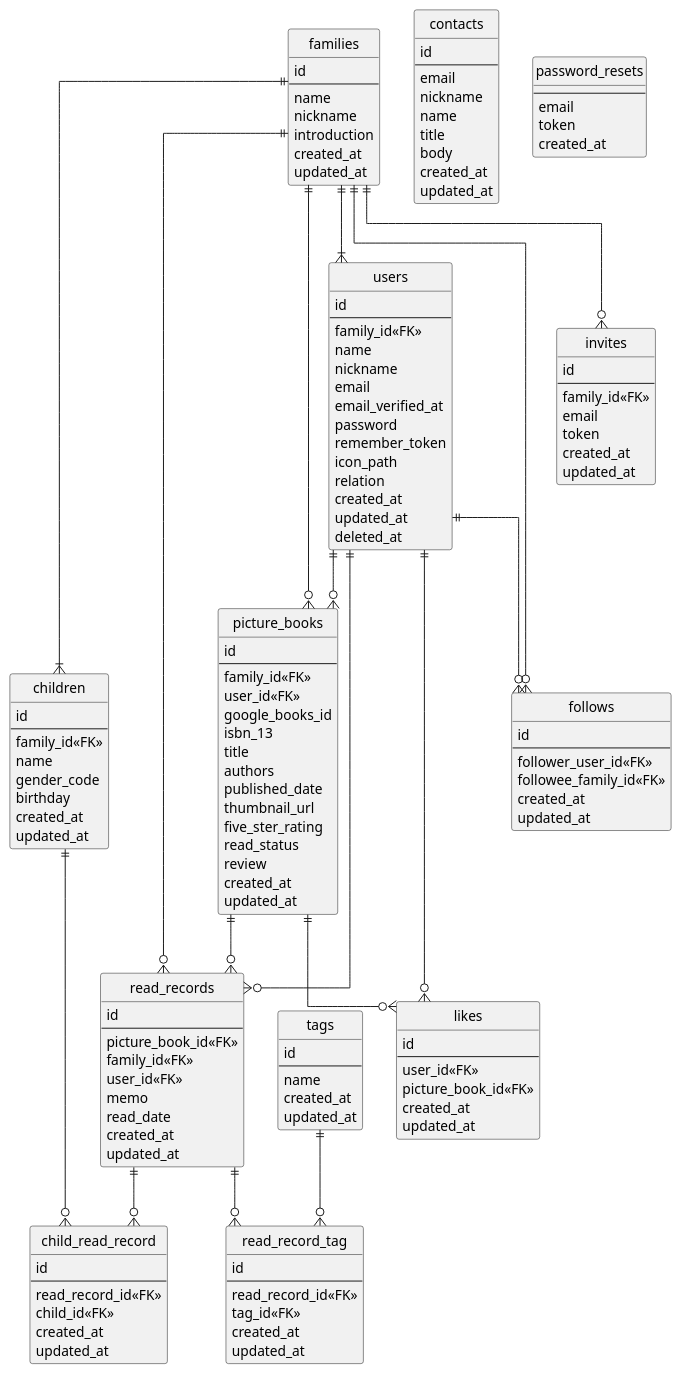
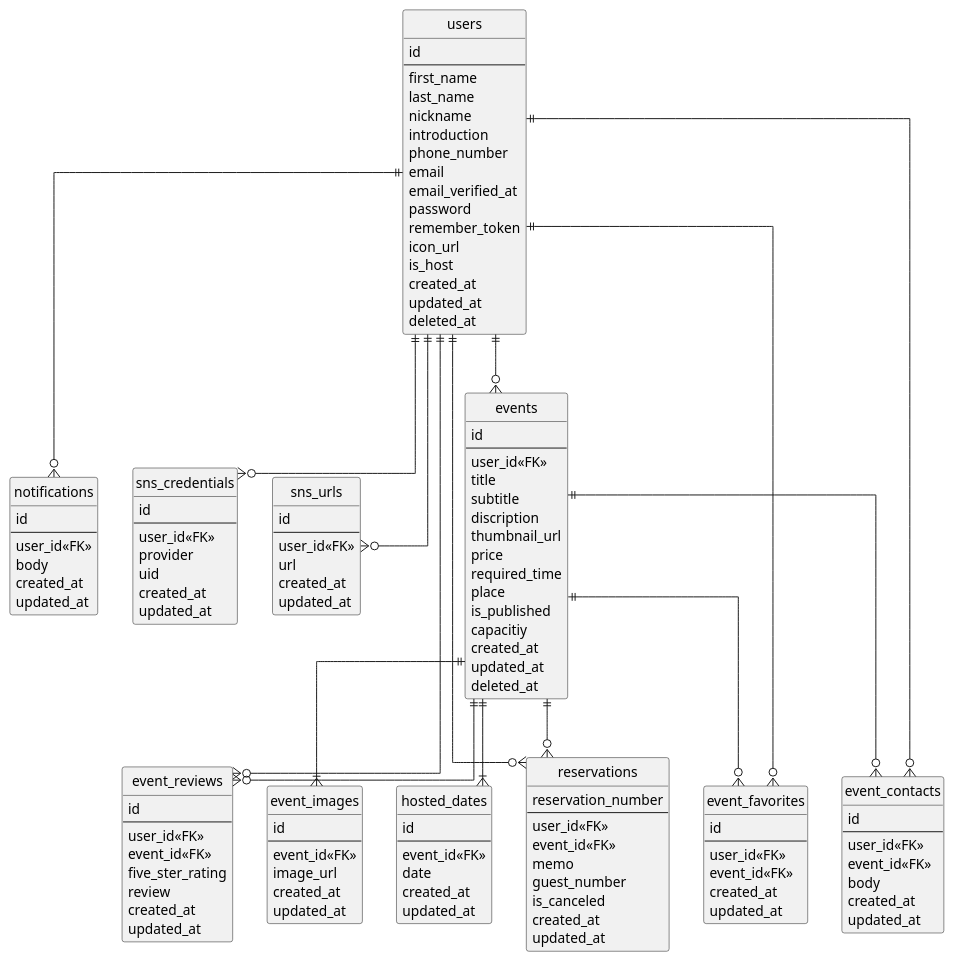
The diagram in hello.pu (moriw0/wakuraku), drawn with PlantUML before and after one commit.

Commit message:
create the ERD

```diff
--- a/hello.pu
+++ b/hello.pu
@@ -1,166 +1,154 @@
 @startuml yonde
-' hide the spot
 hide circle
 
-' avoid problems with angled crows feet
 skinparam linetype ortho
-
-entity "families" as families {
-  id
-  --
-  name
-  nickname
-  introduction
-  created_at
-  updated_at
-}
 
 entity "users" as users {
   id
   --
-  family_id<<FK>>
-  name
+  first_name
+  last_name
   nickname
+  introduction
+  phone_number
   email
   email_verified_at
   password
   remember_token
-  icon_path
-  relation
+  icon_url
+  is_host
   created_at
   updated_at
   deleted_at
 }
 
-entity "children" as children {
+entity "notifications" as notifications {
   id
   --
-  family_id<<FK>>
-  name
-  gender_code
-  birthday
+  user_id<<FK>>
+  body
   created_at
   updated_at
 }
 
-entity "picture_books" as picture_books {
+entity "sns_credentials" as sns_credentials {
   id
   --
-  family_id<<FK>>
   user_id<<FK>>
-  google_books_id
-  isbn_13
+  provider
+  uid
+  created_at
+  updated_at
+}
+
+entity "sns_urls" as sns_urls {
+  id
+  --
+  user_id<<FK>>
+  url
+  created_at
+  updated_at
+}
+
+entity "events" as events {
+  id
+  --
+  user_id<<FK>>
   title
-  authors
-  published_date
+  subtitle
+  discription
   thumbnail_url
+  price
+  required_time
+  place
+  is_published
+  capacitiy
+  created_at
+  updated_at
+  deleted_at
+}
+
+entity "event_images" as event_images {
+  id
+  --
+  event_id<<FK>>
+  image_url
+  created_at
+  updated_at
+}
+
+entity "event_reviews" as event_reviews {
+  id
+  --
+  user_id<<FK>>
+  event_id<<FK>>
   five_ster_rating
-  read_status
   review
   created_at
   updated_at
 }
 
-entity "read_records" as read_records {
+
+entity "hosted_dates" as hosted_dates {
   id
   --
-  picture_book_id<<FK>>
-  family_id<<FK>>
-  user_id<<FK>>
-  memo
-  read_date
+  event_id<<FK>>
+  date
   created_at
   updated_at
 }
 
-entity "child_read_record" as child_read_record {
-  id
+entity "reservations" as reservations {
+  reservation_number
   --
-  read_record_id<<FK>>
-  child_id<<FK>>
+  user_id<<FK>>
+  event_id<<FK>>
+  memo
+  guest_number
+  is_canceled
   created_at
   updated_at
 }
 
-entity "tags" as tags {
+entity "event_favorites" as event_favorites {
   id
   --
-  name
+  user_id<<FK>>
+  event_id<<FK>>
   created_at
   updated_at
 }
 
-entity "read_record_tag" as read_record_tag {
-  id
-  --
-  read_record_id<<FK>>
-  tag_id<<FK>>
-  created_at
-  updated_at
-}
-
-entity "follows" as follows {
-  id
-  --
-  follower_user_id<<FK>>
-  followee_family_id<<FK>>
-  created_at
-  updated_at
-}
-
-entity "likes" as likes {
+entity "event_contacts" as event_contacts {
   id
   --
   user_id<<FK>>
-  picture_book_id<<FK>>
-  created_at
-  updated_at
-}
-
-entity "invites" as invites {
-  id
-  --
-  family_id<<FK>>
-  email
-  token
-  created_at
-  updated_at
-}
-
-entity "contacts" as contacts {
-  id
-  --
-  email
-  nickname
-  name
-  title
+  event_id<<FK>>
   body
   created_at
   updated_at
 }
 
-entity "password_resets" as password_resets {
-  --
-  email
-  token
-  created_at
-}
+' entity "password_resets" as password_resets {
+'   --
+'   email
+'   token
+'   created_at
+' }
 
-families ||--|{ users
-families ||--|{ children
-families ||--o{ follows
-families ||--o{ picture_books
-families ||--o{ read_records
-families ||--o{ invites
-users ||--o{ follows
-users ||--o{ likes
-users ||--o{ picture_books
-users ||--o{ read_records
-children ||--o{ child_read_record
-picture_books ||--o{ read_records
-picture_books ||--o{ likes
-read_records ||--o{ child_read_record
-read_records ||--o{ read_record_tag
-tags ||--o{ read_record_tag
+users ||--o{ events
+users ||--o{ event_favorites
+users ||--o{ reservations
+users ||--o{ sns_urls
+users ||--o{ event_reviews
+users ||--o{ sns_credentials
+users ||--o{ notifications
+users ||--o{ event_contacts
+events ||--o{ event_favorites
+events ||--|{ event_images
+events ||--|{ hosted_dates
+events ||--o{ event_contacts
+events ||--o{ reservations
+events ||--o{ event_reviews
 
 @enduml
```
